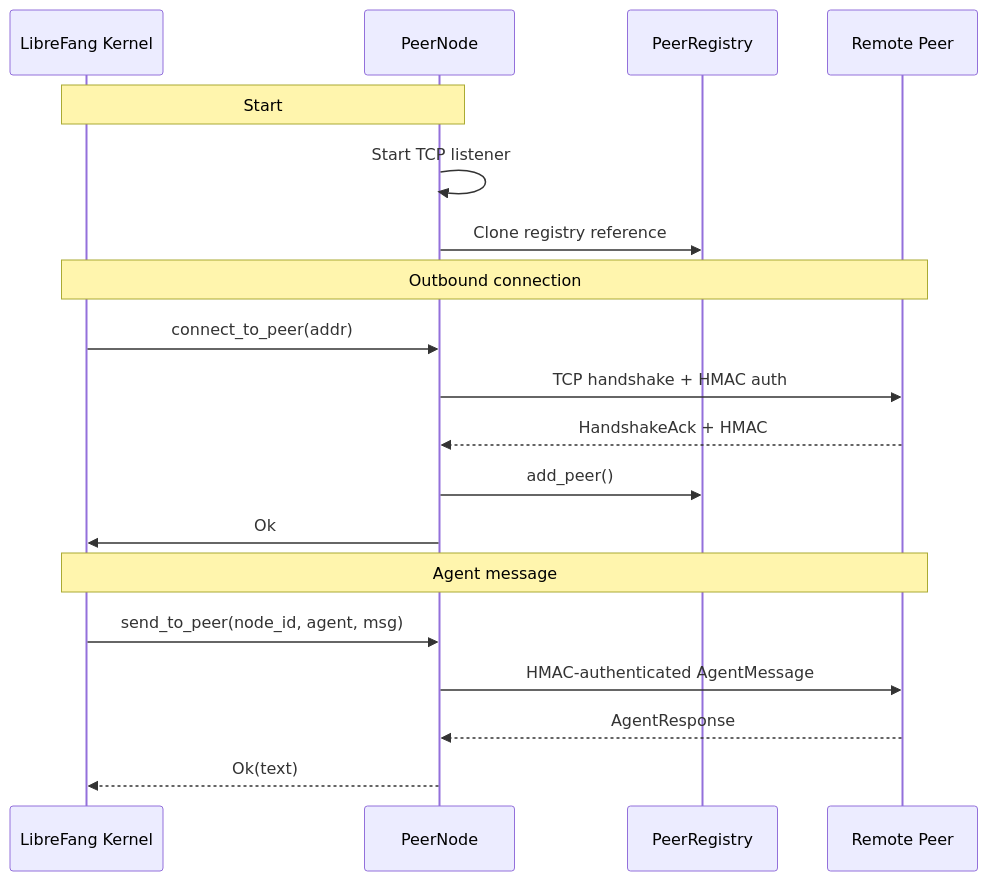
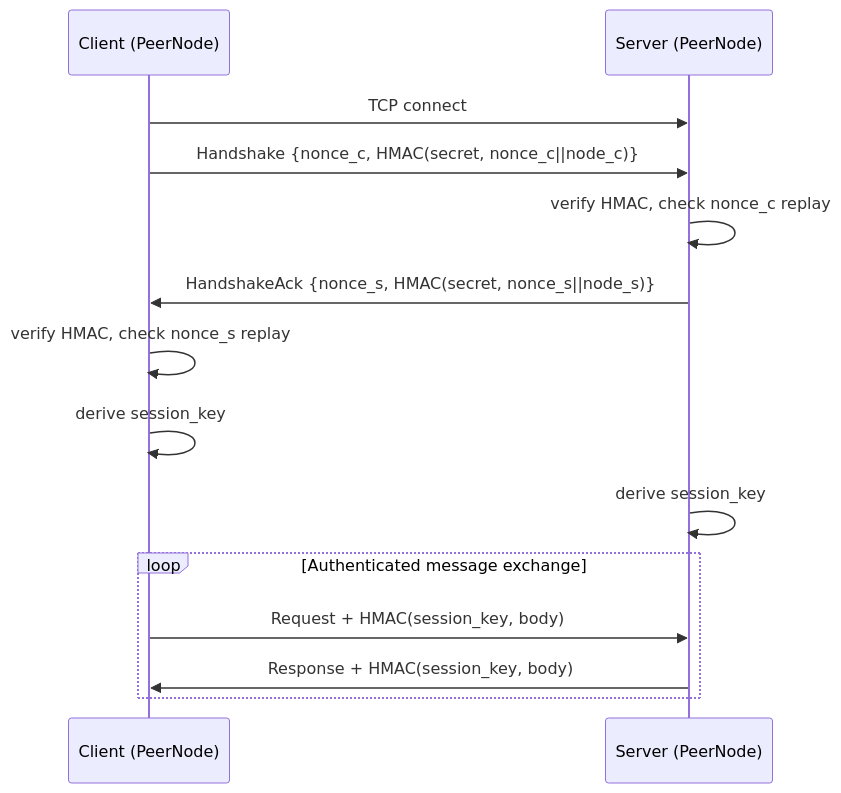
Before and after one commit to leszek3737/librefang-WIki: the diagram in wire-protocol.md, drawn with Mermaid. The commit also changed other lines of this file and 56 other files, not shown here.

````diff
--- a/wire-protocol.md
+++ b/wire-protocol.md
@@ -20,24 +63,16 @@
 ```mermaid
 sequenceDiagram
-    participant Kernel as LibreFang Kernel
-    participant PeerNode as PeerNode
-    participant Registry as PeerRegistry
-    participant Remote as Remote Peer
-
-    Note over Kernel, PeerNode: Start
-    PeerNode->>PeerNode: Start TCP listener
-    PeerNode->>Registry: Clone registry reference
-
-    Note over Kernel, Remote: Outbound connection
-    Kernel->>PeerNode: connect_to_peer(addr)
-    PeerNode->>Remote: TCP handshake + HMAC auth
-    Remote-->>PeerNode: HandshakeAck + HMAC
-    PeerNode->>Registry: add_peer()
-    PeerNode->>Kernel: Ok
-
-    Note over Kernel, Remote: Agent message
-    Kernel->>PeerNode: send_to_peer(node_id, agent, msg)
-    PeerNode->>Remote: HMAC-authenticated AgentMessage
-    Remote-->>PeerNode: AgentResponse
-    PeerNode-->>Kernel: Ok(text)
+    participant C as Client (PeerNode)
+    participant S as Server (PeerNode)
+    C->>S: TCP connect
+    C->>S: Handshake {nonce_c, HMAC(secret, nonce_c||node_c)}
+    S->>S: verify HMAC, check nonce_c replay
+    S->>C: HandshakeAck {nonce_s, HMAC(secret, nonce_s||node_s)}
+    C->>C: verify HMAC, check nonce_s replay
+    C->>C: derive session_key
+    S->>S: derive session_key
+    loop Authenticated message exchange
+        C->>S: Request + HMAC(session_key, body)
+        S->>C: Response + HMAC(session_key, body)
+    end
 ```
````
